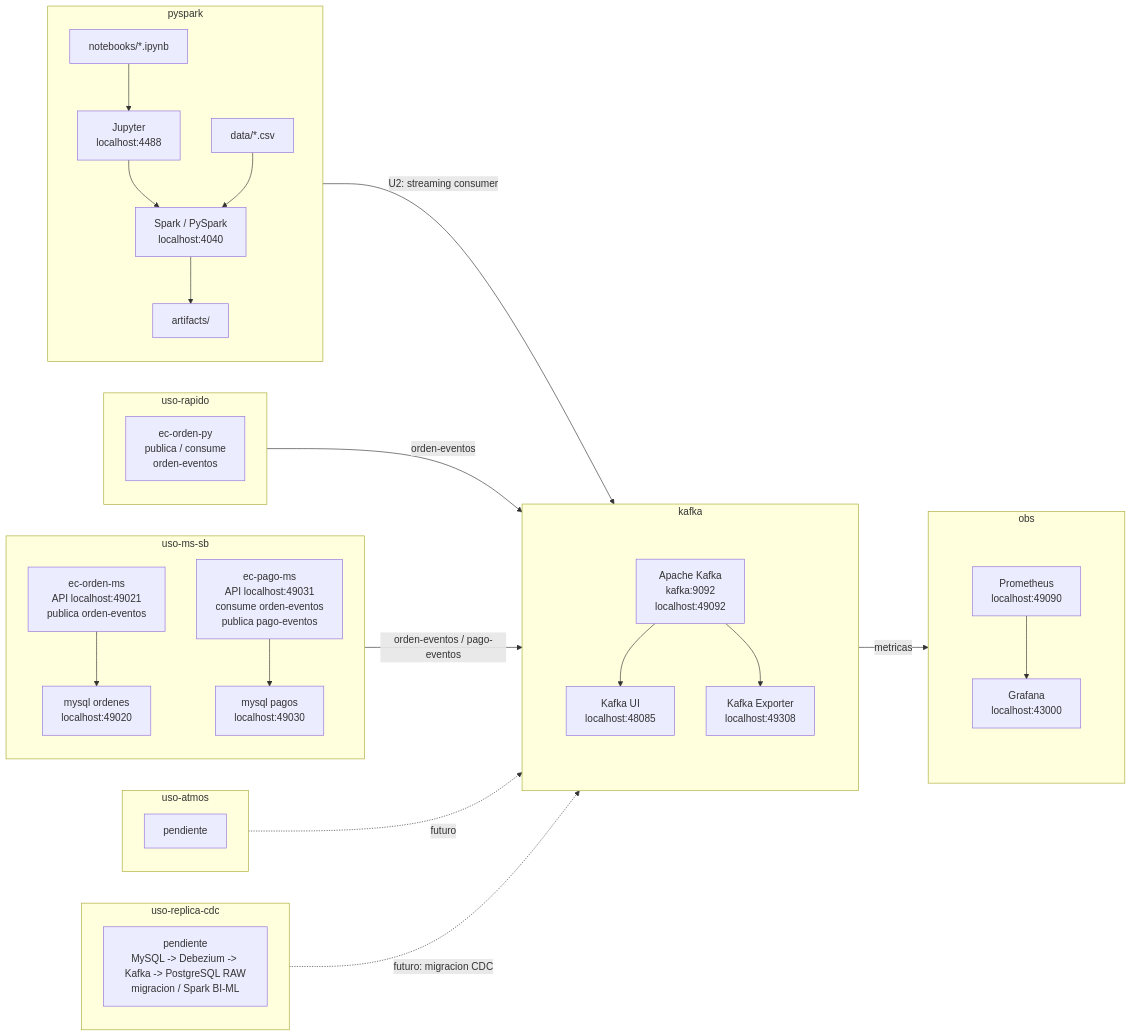
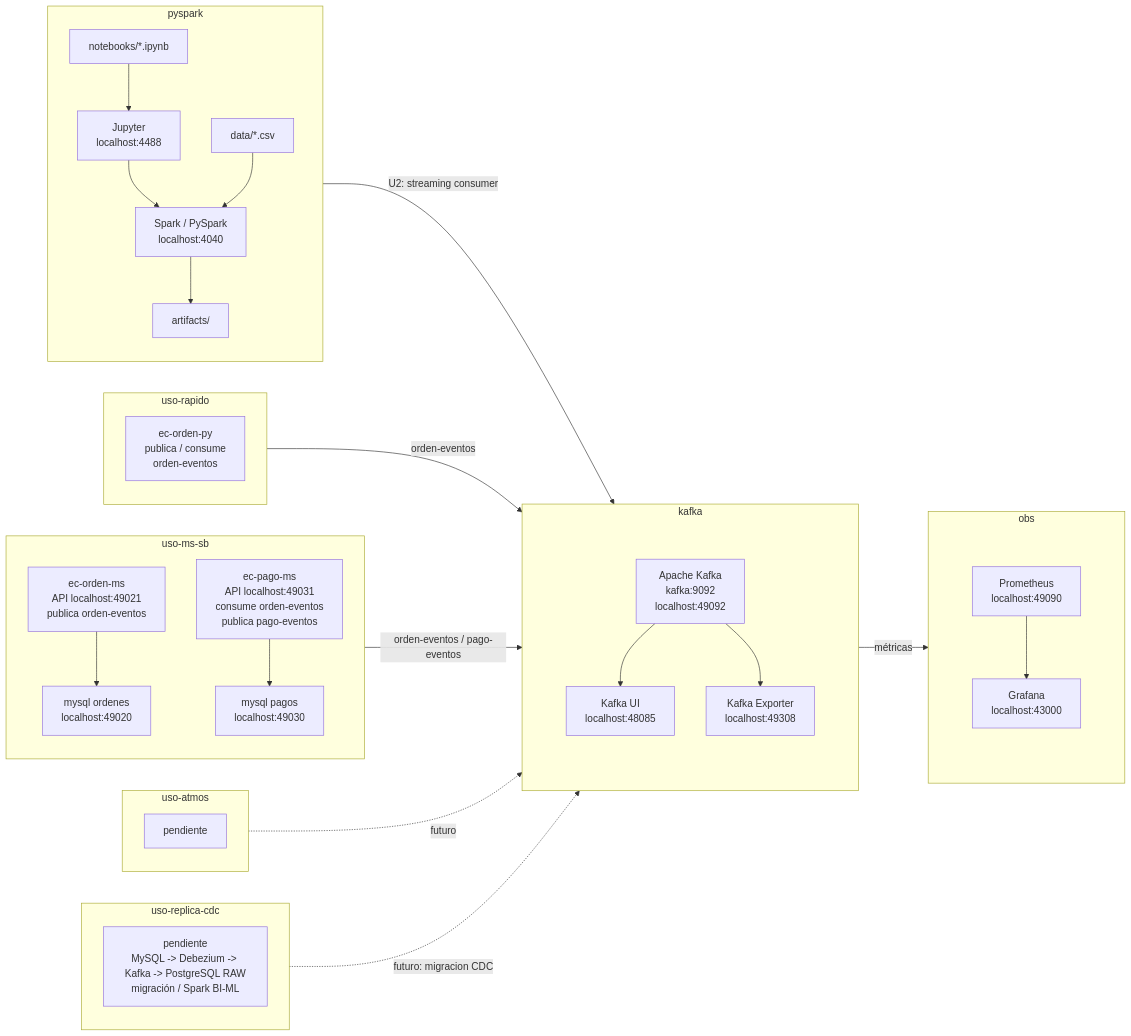
One commit to 261bigdata/lambdalab changed the diagram in pyspark/notebooks/index.md. Above: the diagram before and after it, drawn with Mermaid. The commit also changed other lines of this file and 9 other files, not shown here.

````diff
--- a/pyspark/notebooks/index.md
+++ b/pyspark/notebooks/index.md
@@ -86,67 +87,67 @@
 ```mermaid
 flowchart LR
     subgraph PySparkModule["pyspark"]
         direction TB
         Notebooks["notebooks/*.ipynb"]
         Jupyter["Jupyter<br/>localhost:4488"]
         Spark["Spark / PySpark<br/>localhost:4040"]
         Data["data/*.csv"]
         Artifacts["artifacts/"]
         Notebooks --> Jupyter --> Spark
         Data --> Spark --> Artifacts
     end
 
     subgraph UseFast["uso-rapido"]
         PyQuick["ec-orden-py<br/>publica / consume<br/>orden-eventos"]
     end
 
     subgraph UseMS["uso-ms-sb"]
         direction TB
         OrdenMS["ec-orden-ms<br/>API localhost:49021<br/>publica orden-eventos"]
         OrdenDB["mysql ordenes<br/>localhost:49020"]
         PagoMS["ec-pago-ms<br/>API localhost:49031<br/>consume orden-eventos<br/>publica pago-eventos"]
         PagoDB["mysql pagos<br/>localhost:49030"]
         OrdenMS --> OrdenDB
         PagoMS --> PagoDB
     end
 
     subgraph UseIoT["uso-atmos"]
         IoT["pendiente"]
     end
 
     subgraph UseCDC["uso-replica-cdc"]
-        CDC["pendiente<br/>MySQL -> Debezium -> Kafka -> PostgreSQL RAW<br/>migracion / Spark BI-ML"]
+        CDC["pendiente<br/>MySQL -> Debezium -> Kafka -> PostgreSQL RAW<br/>migración / Spark BI-ML"]
     end
 
     subgraph KafkaModule["kafka"]
         direction TB
         subgraph KafkaStack[" "]
             direction TB
             Kafka["Apache Kafka<br/>kafka:9092<br/>localhost:49092"]
             KafkaUI["Kafka UI<br/>localhost:48085"]
             KafkaExporter["Kafka Exporter<br/>localhost:49308"]
             Kafka --> KafkaUI
             Kafka --> KafkaExporter
         end
     end
 
     subgraph ObsModule["obs"]
         direction TB
         subgraph ObsStack[" "]
             direction TB
             Prometheus["Prometheus<br/>localhost:49090"]
             Grafana["Grafana<br/>localhost:43000"]
             Prometheus --> Grafana
         end
     end
 
     PySparkModule -->|"U2: streaming consumer"| Kafka
     UseFast -->|"orden-eventos"| Kafka
     UseMS -->|"orden-eventos / pago-eventos"| Kafka
     UseIoT -. "futuro" .-> Kafka
     UseCDC -. "futuro: migracion CDC" .-> Kafka
-    KafkaExporter -->|"metricas"| Prometheus
+    KafkaExporter -->|"métricas"| Prometheus
 
     style KafkaStack fill:transparent,stroke:transparent,color:transparent
     style ObsStack fill:transparent,stroke:transparent,color:transparent
 ```
````
